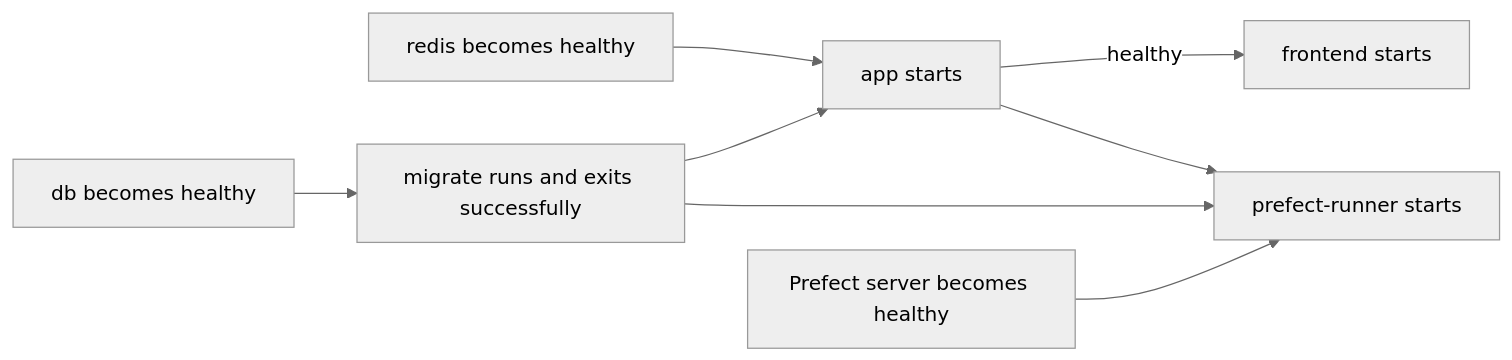
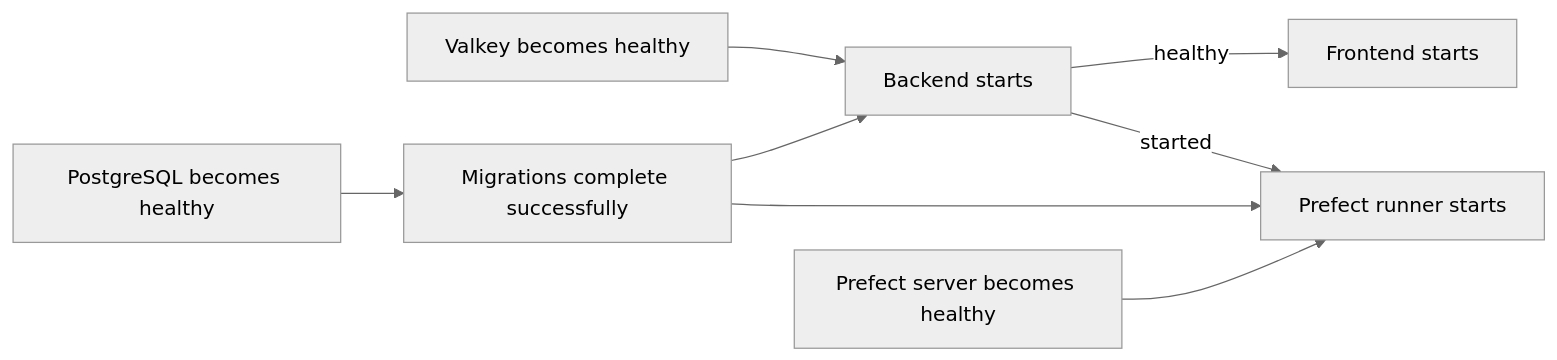
Before and after one commit to Mekin-jema/Projects: the seventh of 8 diagrams in agenticos-main/compose_guide.md, drawn with Mermaid (neutral theme). The commit also changed other lines of this file and 213 other files, not shown here.

````diff
--- a/agenticos-main/compose_guide.md
+++ b/agenticos-main/compose_guide.md
@@ -214,10 +1319,10 @@
 ```mermaid
 flowchart LR
-    DB["db becomes healthy"] --> MIGRATE["migrate runs and exits successfully"]
-    MIGRATE --> APP["app starts"]
-    REDIS["redis becomes healthy"] --> APP
-    APP -->|"healthy"| FRONTEND["frontend starts"]
-    PREFECT["Prefect server becomes healthy"] --> RUNNER["prefect-runner starts"]
+    DB["PostgreSQL becomes healthy"] --> MIGRATE["Migrations complete successfully"]
+    MIGRATE --> APP["Backend starts"]
+    REDIS["Valkey becomes healthy"] --> APP
+    APP -->|healthy| FRONTEND["Frontend starts"]
+    PREFECT["Prefect server becomes healthy"] --> RUNNER["Prefect runner starts"]
     MIGRATE --> RUNNER
-    APP --> RUNNER
+    APP -->|started| RUNNER
 ```
````
